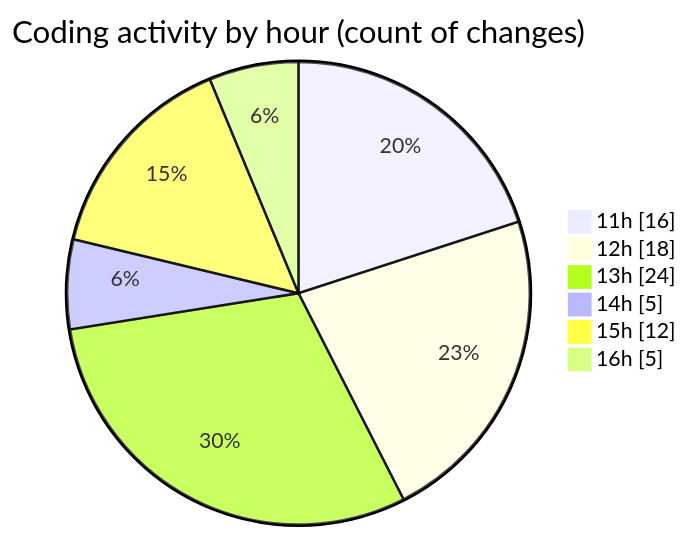
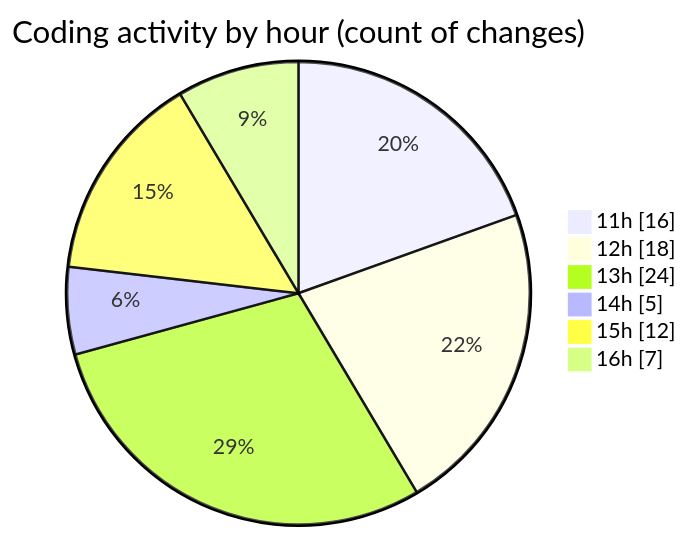
The second of 2 diagrams in 2025-10-01/nxtqube_webapp/README.md (nxtqubesakshisongat/code-tracking), drawn with Mermaid before and after one commit. The commit also changed other lines of this file and 1 other file, not shown here.

````diff
--- a/2025-10-01/nxtqube_webapp/README.md
+++ b/2025-10-01/nxtqube_webapp/README.md
@@ -34,10 +34,10 @@
 ```mermaid
 pie showData
 title Coding activity by hour (count of changes)
 "11h" : 16
 "12h" : 18
 "13h" : 24
 "14h" : 5
 "15h" : 12
-"16h" : 5
+"16h" : 7
 ```
````
